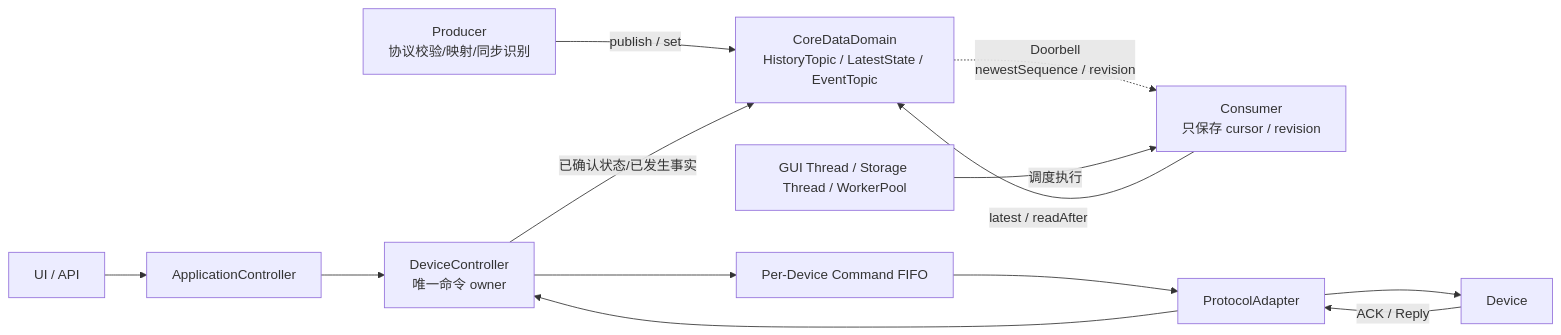
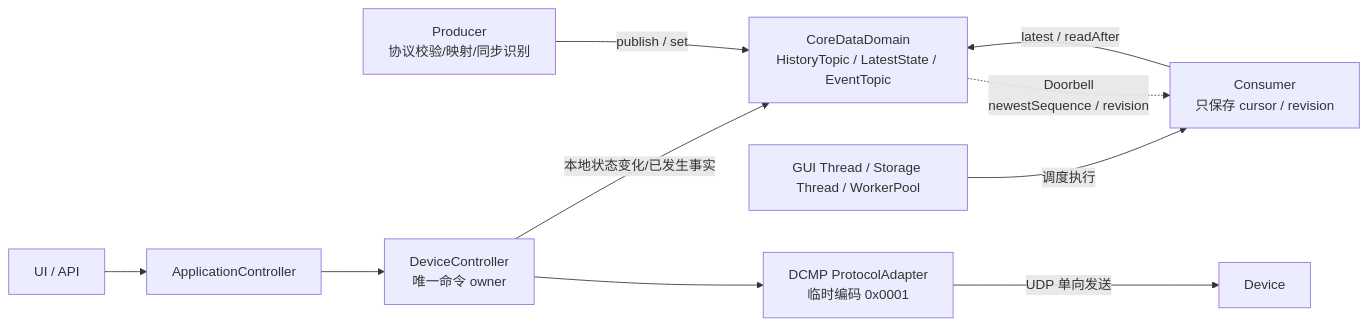
Before and after one commit to YoungL524/newAnti_arch: the diagram in AGENTS.md, drawn with Mermaid. The commit also changed other lines of this file and 85 other files, not shown here.

````diff
--- a/AGENTS.md
+++ b/AGENTS.md
@@ -14,17 +14,14 @@
 ```mermaid
 flowchart LR
     Producer[Producer<br/>协议校验/映射/同步识别] -->|publish / set| Domain[CoreDataDomain<br/>HistoryTopic / LatestState / EventTopic]
 
     Consumer[Consumer<br/>只保存 cursor / revision] -->|latest / readAfter| Domain
     Domain -.->|Doorbell<br/>newestSequence / revision| Consumer
     Executor[GUI Thread / Storage Thread / WorkerPool] -->|调度执行| Consumer
 
     UiApi[UI / API] --> ApplicationController[ApplicationController]
     ApplicationController --> DeviceController[DeviceController<br/>唯一命令 owner]
-    DeviceController --> DeviceFifo[Per-Device Command FIFO]
-    DeviceFifo --> ProtocolAdapter[ProtocolAdapter]
-    ProtocolAdapter --> Device[Device]
-    Device -->|ACK / Reply| ProtocolAdapter
-    ProtocolAdapter --> DeviceController
-    DeviceController -->|已确认状态/已发生事实| Domain
+    DeviceController --> ProtocolAdapter[DCMP ProtocolAdapter<br/>临时编码 0x0001]
+    ProtocolAdapter -->|UDP 单向发送| Device[Device]
+    DeviceController -->|本地状态变化/已发生事实| Domain
 ```
````
